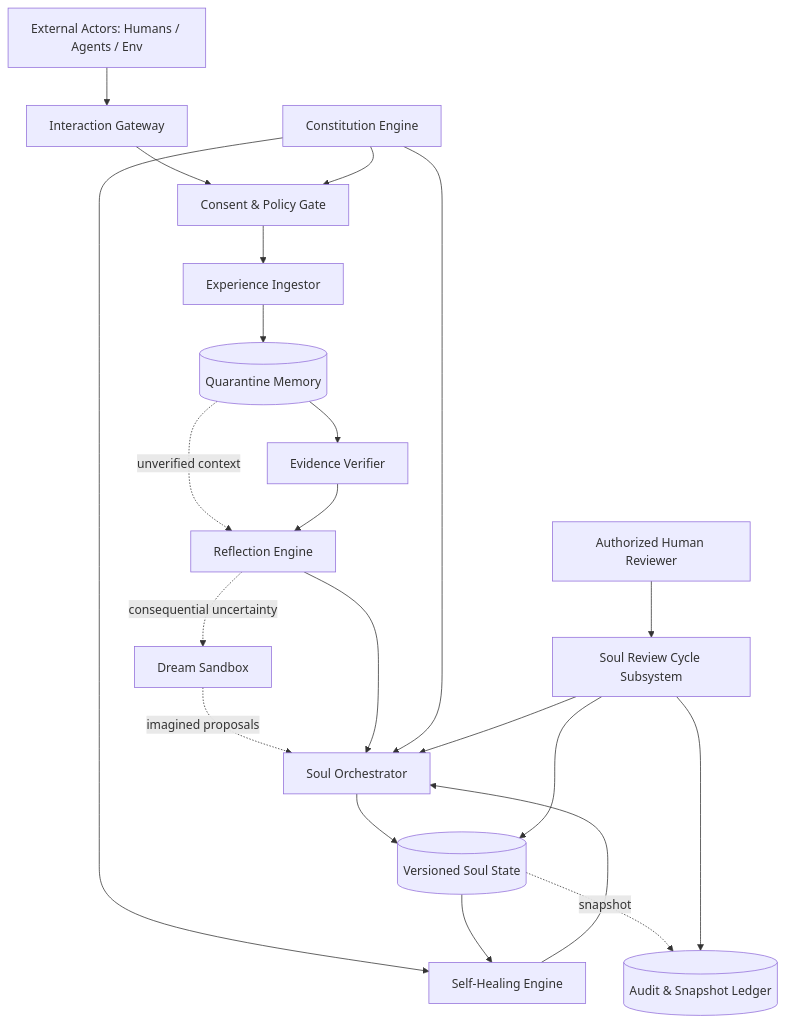
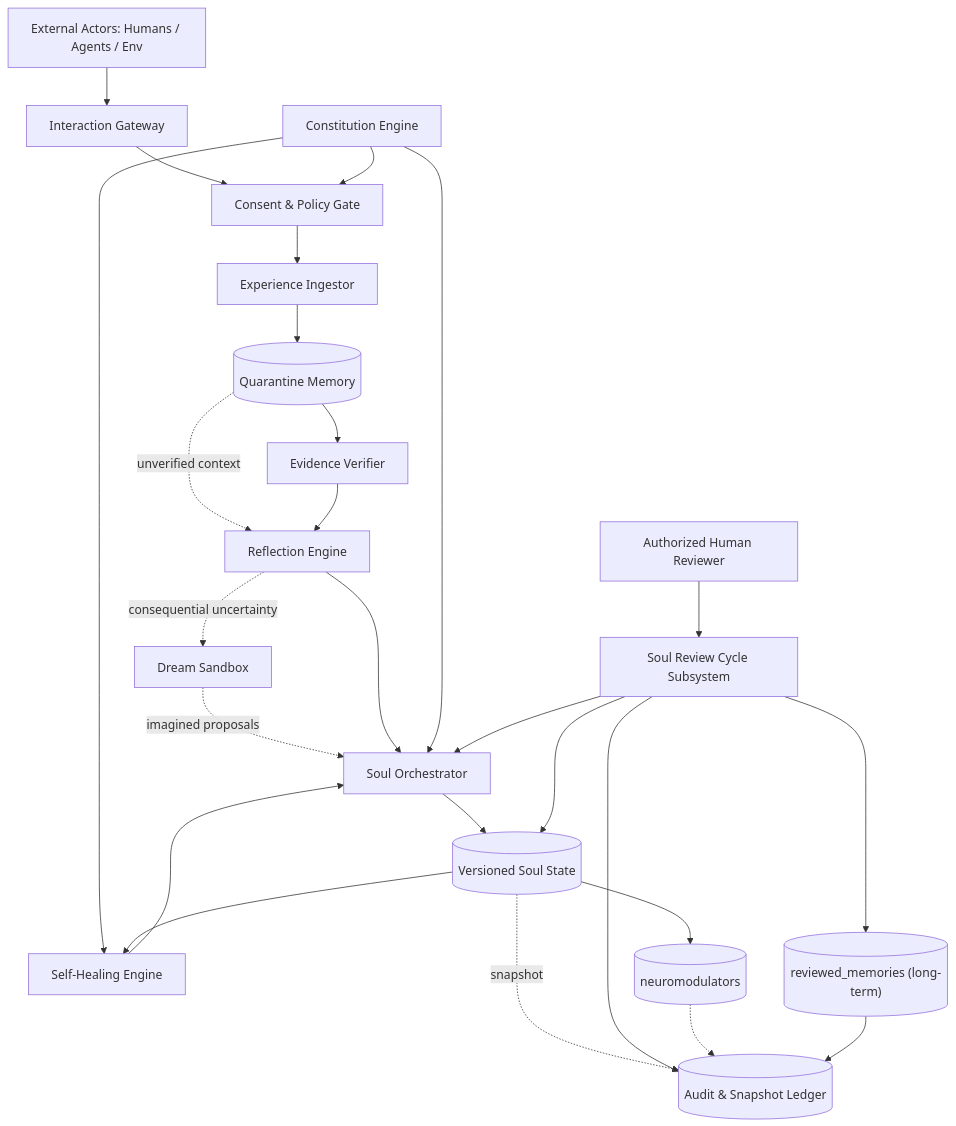
One commit to Azhonaras/soul-engine changed the first of 8 diagrams in docs/ARCHITECTURE.md. Above: the diagram before and after it, drawn with Mermaid. The commit also changed other lines of this file and 51 other files, not shown here.

````diff
--- a/docs/ARCHITECTURE.md
+++ b/docs/ARCHITECTURE.md
@@ -22,31 +22,35 @@
 ```mermaid
 flowchart TD
     %% 1. Ingestion Layer
     A["External Actors: Humans / Agents / Env"] --> G["Interaction Gateway"]
     G --> P["Consent & Policy Gate"]
     P --> E["Experience Ingestor"]
     E --> Q[("Quarantine Memory")]
 
     %% 2. Cognition & Verification Layer
     Q --> V["Evidence Verifier"]
     Q -.->|unverified context| R["Reflection Engine"]
     V --> R
     R -.->|consequential uncertainty| D["Dream Sandbox"]
     D -.->|imagined proposals| O["Soul Orchestrator"]
     R --> O
 
     %% 3. Governance & Review Layer
     C["Constitution Engine"] --> P
     C --> O
     C --> H["Self-Healing Engine"]
     U["Authorized Human Reviewer"] --> REV["Soul Review Cycle Subsystem"]
     REV --> O
 
     %% 4. Persistence & Audit Layer
     O --> S[("Versioned Soul State")]
     S --> H
     H --> O
     S -.->|snapshot| L[("Audit & Snapshot Ledger")]
+    REV --> RM[("reviewed_memories (long-term)")]
     REV --> S
     REV --> L
+    S --> NM[("neuromodulators")]
+    NM -.-> L
+    RM --> L
 ```
````
